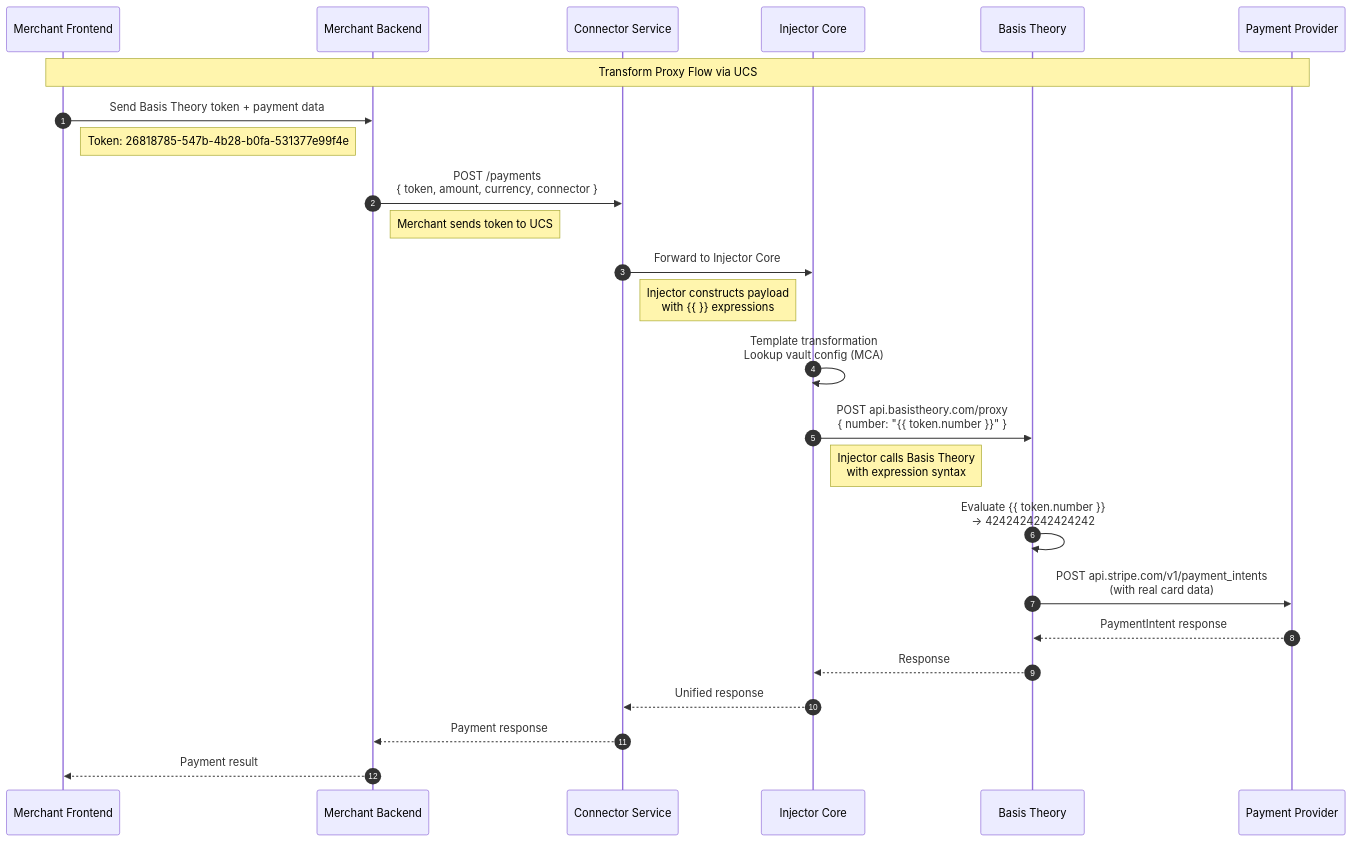
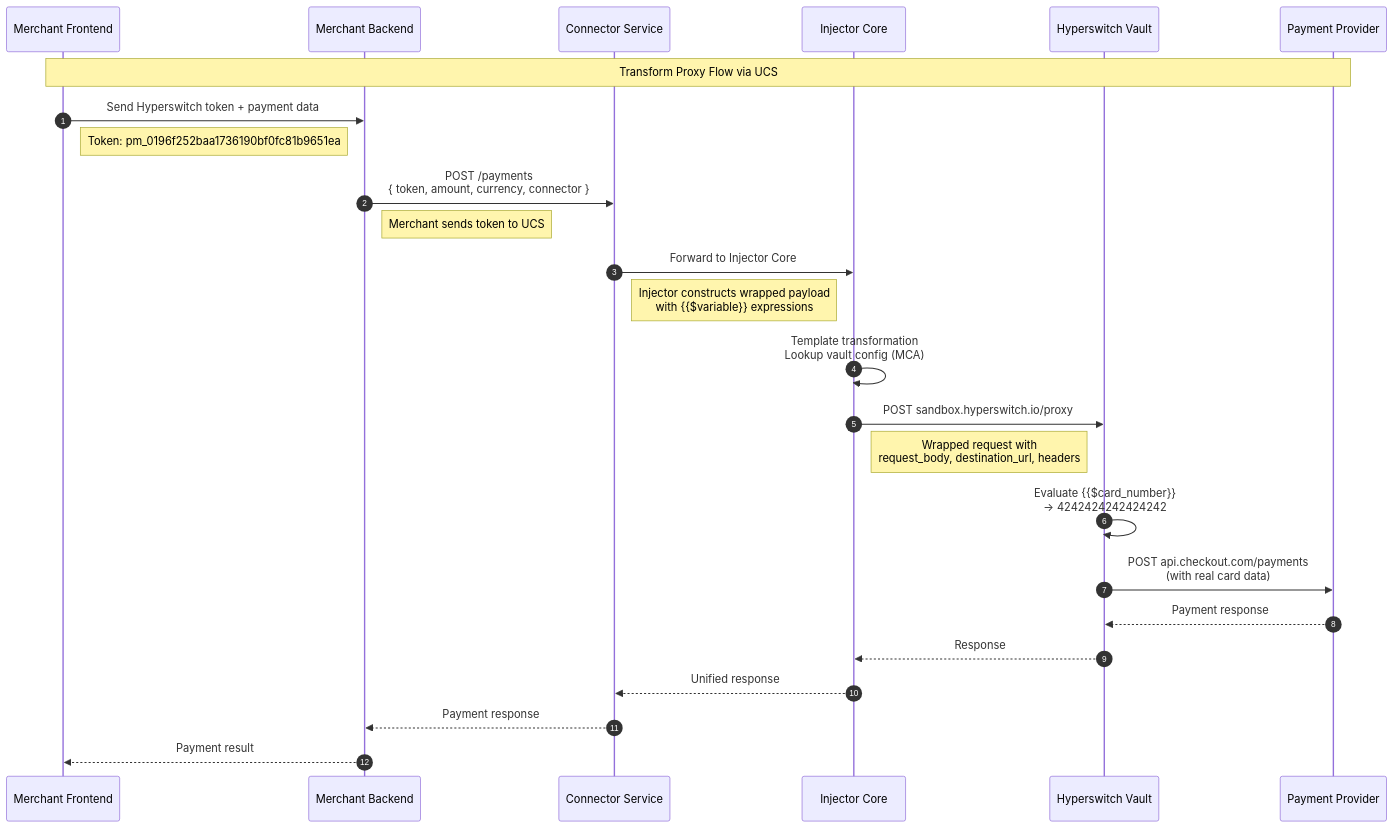
One commit to juspay/connector-service changed the second of 2 diagrams in docs/pci-compliance/transform-proxy.md. Above: the diagram before and after it, drawn with Mermaid. The commit also changed other lines of this file and 4 other files, not shown here.

First line of the commit message:
docs: Replace Skyflow with Hyperswitch Vault as Transform Proxy example

````diff
--- a/docs/pci-compliance/transform-proxy.md
+++ b/docs/pci-compliance/transform-proxy.md
@@ -111,36 +77,36 @@
 ```mermaid
 sequenceDiagram
     autonumber
     participant FE as Merchant Frontend
     participant BE as Merchant Backend
     participant UCS as Connector Service
     participant Injector as Injector Core
-    participant BT as Basis Theory
+    participant HV as Hyperswitch Vault
     participant PSP as Payment Provider
 
     Note over FE,PSP: Transform Proxy Flow via UCS
 
-    FE->>BE: Send Basis Theory token + payment data
-    Note right of FE: Token: 26818785-547b-4b28-b0fa-531377e99f4e
+    FE->>BE: Send Hyperswitch token + payment data
+    Note right of FE: Token: pm_0196f252baa1736190bf0fc81b9651ea
 
     BE->>UCS: POST /payments<br/>{ token, amount, currency, connector }
     Note right of BE: Merchant sends token to UCS
 
     UCS->>Injector: Forward to Injector Core
-    Note right of UCS: Injector constructs payload<br/>with {{ }} expressions
+    Note right of UCS: Injector constructs wrapped payload<br/>with {{$variable}} expressions
 
     Injector->>Injector: Template transformation<br/>Lookup vault config (MCA)
 
-    Injector->>BT: POST api.basistheory.com/proxy<br/>{ number: "{{ token.number }}" }
-    Note right of Injector: Injector calls Basis Theory<br/>with expression syntax
+    Injector->>HV: POST sandbox.hyperswitch.io/proxy
+    Note right of Injector: Wrapped request with<br/>request_body, destination_url, headers
 
-    BT->>BT: Evaluate {{ token.number }}<br/>→ 4242424242424242
+    HV->>HV: Evaluate {{$card_number}}<br/>→ 4242424242424242
 
-    BT->>PSP: POST api.stripe.com/v1/payment_intents<br/>(with real card data)
-    PSP-->>BT: PaymentIntent response
+    HV->>PSP: POST api.checkout.com/payments<br/>(with real card data)
+    PSP-->>HV: Payment response
 
-    BT-->>Injector: Response
+    HV-->>Injector: Response
     Injector-->>UCS: Unified response
     UCS-->>BE: Payment response
     BE-->>FE: Payment result
 ```
````
